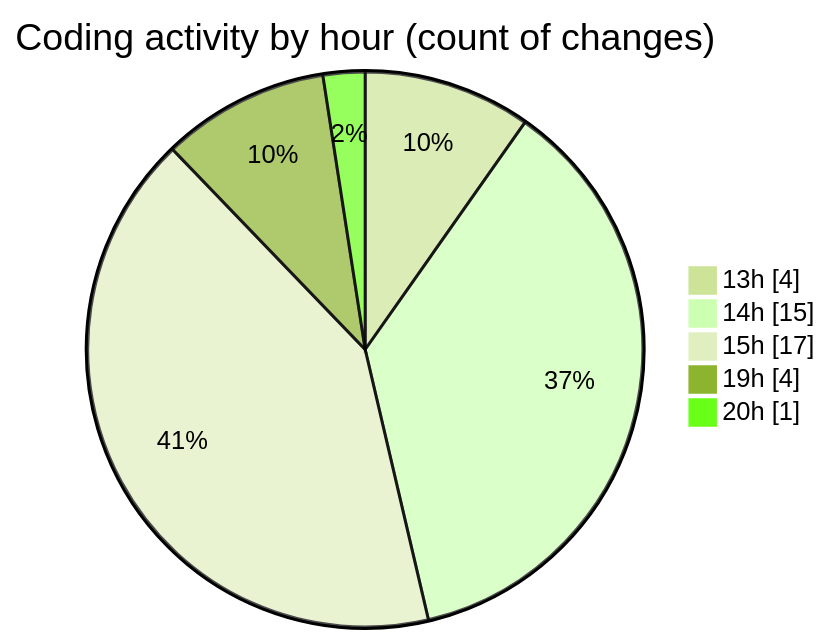
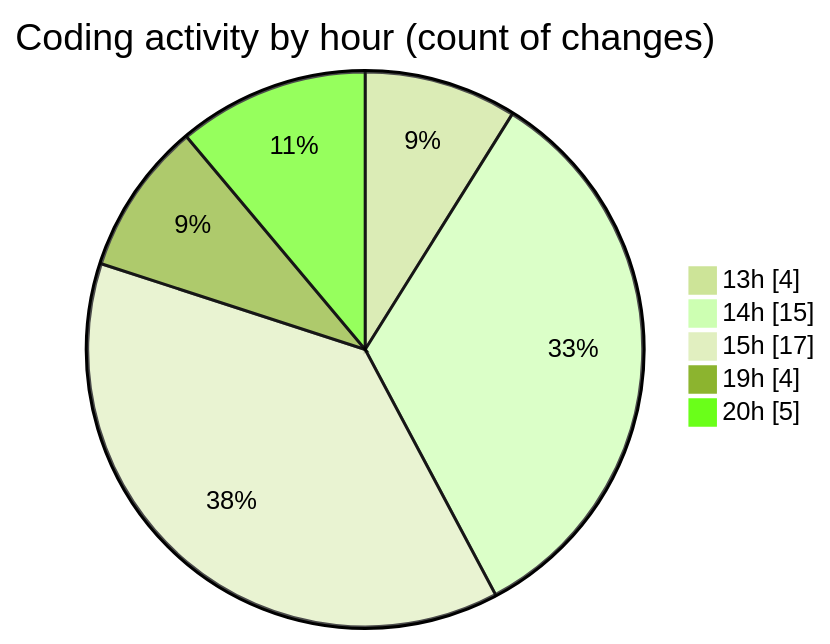
One commit to Ritupan-Deka/code-tracking changed the second of 2 diagrams in 2025-01-21/projects/README.md. Above: the diagram before and after it, drawn with Mermaid (forest theme). The commit also changed other lines of this file and 1 other file, not shown here.

````diff
--- a/2025-01-21/projects/README.md
+++ b/2025-01-21/projects/README.md
@@ -42,9 +42,9 @@
 ```mermaid
 pie showData
 title Coding activity by hour (count of changes)
 "13h" : 4
 "14h" : 15
 "15h" : 17
 "19h" : 4
-"20h" : 1
+"20h" : 5
 ```
````
